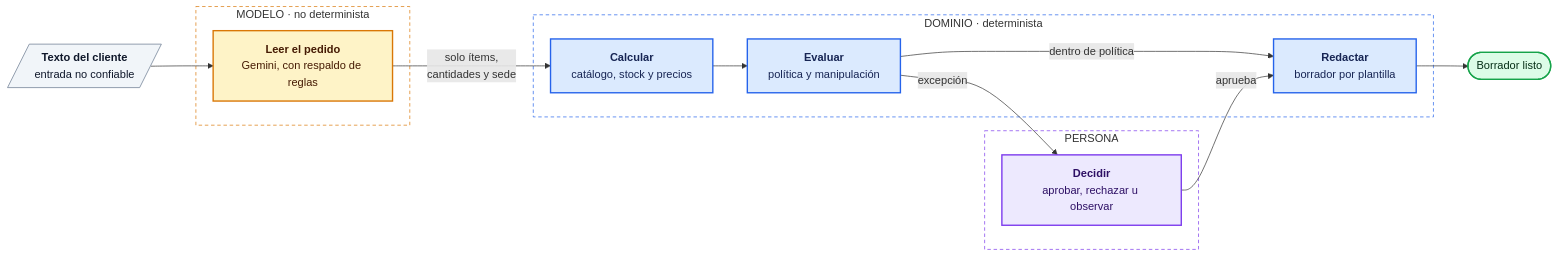
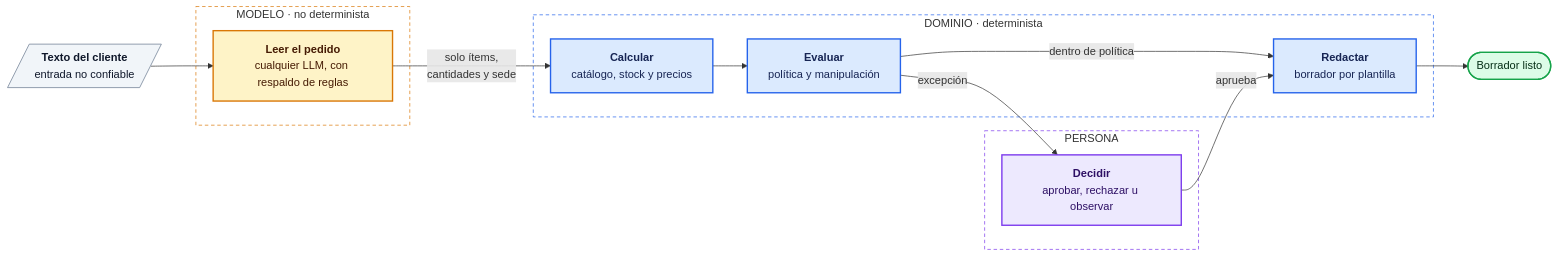
The first of 2 diagrams in README.md (guisa17/quoteflow), drawn with Mermaid before and after one commit. The commit also changed other lines of this file and 19 other files, not shown here.

First line of the commit message:
feat(llm): proveedor de LLM intercambiable con LLM_MODEL=proveedor:modelo

````diff
--- a/README.md
+++ b/README.md
@@ -109,40 +109,40 @@
 ```mermaid
 flowchart LR
     texto[/"<b>Texto del cliente</b><br/>entrada no confiable"/]
 
     subgraph modelo["MODELO · no determinista"]
-        leer["<b>Leer el pedido</b><br/>Gemini, con respaldo de reglas"]
+        leer["<b>Leer el pedido</b><br/>cualquier LLM, con respaldo de reglas"]
     end
 
     subgraph dominio["DOMINIO · determinista"]
         calcular["<b>Calcular</b><br/>catálogo, stock y precios"]
         evaluar["<b>Evaluar</b><br/>política y manipulación"]
         redactar["<b>Redactar</b><br/>borrador por plantilla"]
     end
 
     subgraph persona["PERSONA"]
         aprobar["<b>Decidir</b><br/>aprobar, rechazar u observar"]
     end
 
     texto --> leer
     leer -->|"solo ítems,<br/>cantidades y sede"| calcular
     calcular --> evaluar
     evaluar -->|"dentro de política"| redactar
     evaluar -->|"excepción"| aprobar
     aprobar -->|"aprueba"| redactar
     redactar --> borrador(["Borrador listo"])
 
     classDef entrada fill:#f1f5f9,stroke:#64748b,color:#0f172a
     classDef llm fill:#fef3c7,stroke:#d97706,stroke-width:2px,color:#451a03
     classDef det fill:#dbeafe,stroke:#2563eb,stroke-width:2px,color:#172554
     classDef hum fill:#ede9fe,stroke:#7c3aed,stroke-width:2px,color:#2e1065
     classDef ok fill:#dcfce7,stroke:#16a34a,stroke-width:2px,color:#052e16
     class texto entrada
     class leer llm
     class calcular,evaluar,redactar det
     class aprobar hum
     class borrador ok
     style modelo fill:transparent,stroke:#d97706,stroke-dasharray:5 4
     style dominio fill:transparent,stroke:#2563eb,stroke-dasharray:5 4
     style persona fill:transparent,stroke:#7c3aed,stroke-dasharray:5 4
 ```
````
